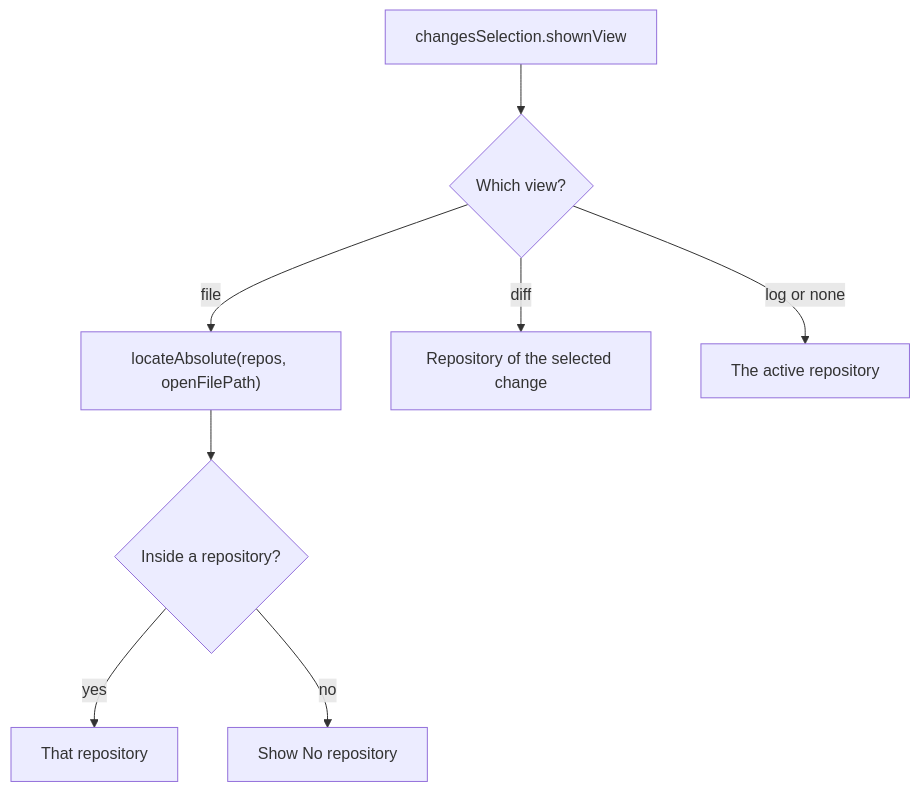
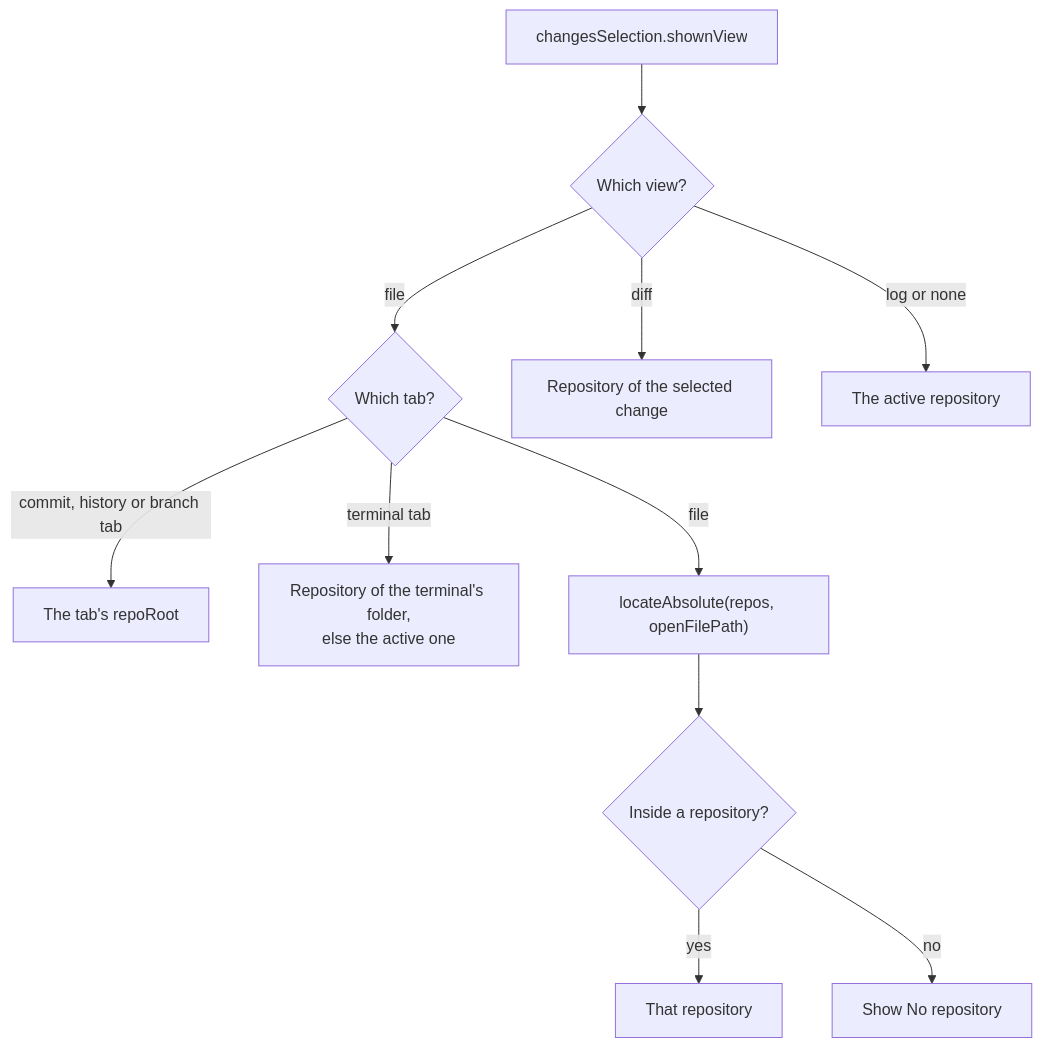
Before and after one commit to shibbirweb/git-manager: the second of 3 diagrams in docs/wiki/developer/How-the-Status-Bar-Works.md, drawn with Mermaid. The commit also changed other lines of this file and 110 other files, not shown here.

````diff
--- a/docs/wiki/developer/How-the-Status-Bar-Works.md
+++ b/docs/wiki/developer/How-the-Status-Bar-Works.md
@@ -42,10 +42,13 @@
 ```mermaid
 flowchart TD
     A["changesSelection.shownView"] --> B{"Which view?"}
-    B -->|"file"| C["locateAbsolute(repos, openFilePath)"]
+    B -->|"file"| T{"Which tab?"}
+    T -->|"commit, history or branch tab"| R2["The tab's repoRoot"]
+    T -->|"terminal tab"| R3["Repository of the terminal's folder,<br/>else the active one"]
+    T -->|"file"| C["locateAbsolute(repos, openFilePath)"]
     C --> C2{"Inside a repository?"}
     C2 -->|"yes"| R1["That repository"]
     C2 -->|"no"| R0["Show No repository"]
     B -->|"diff"| D["Repository of the selected change"]
     B -->|"log or none"| E["The active repository"]
 ```
````
